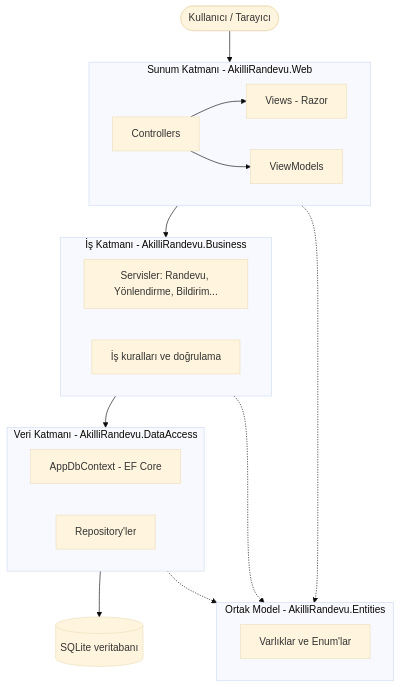
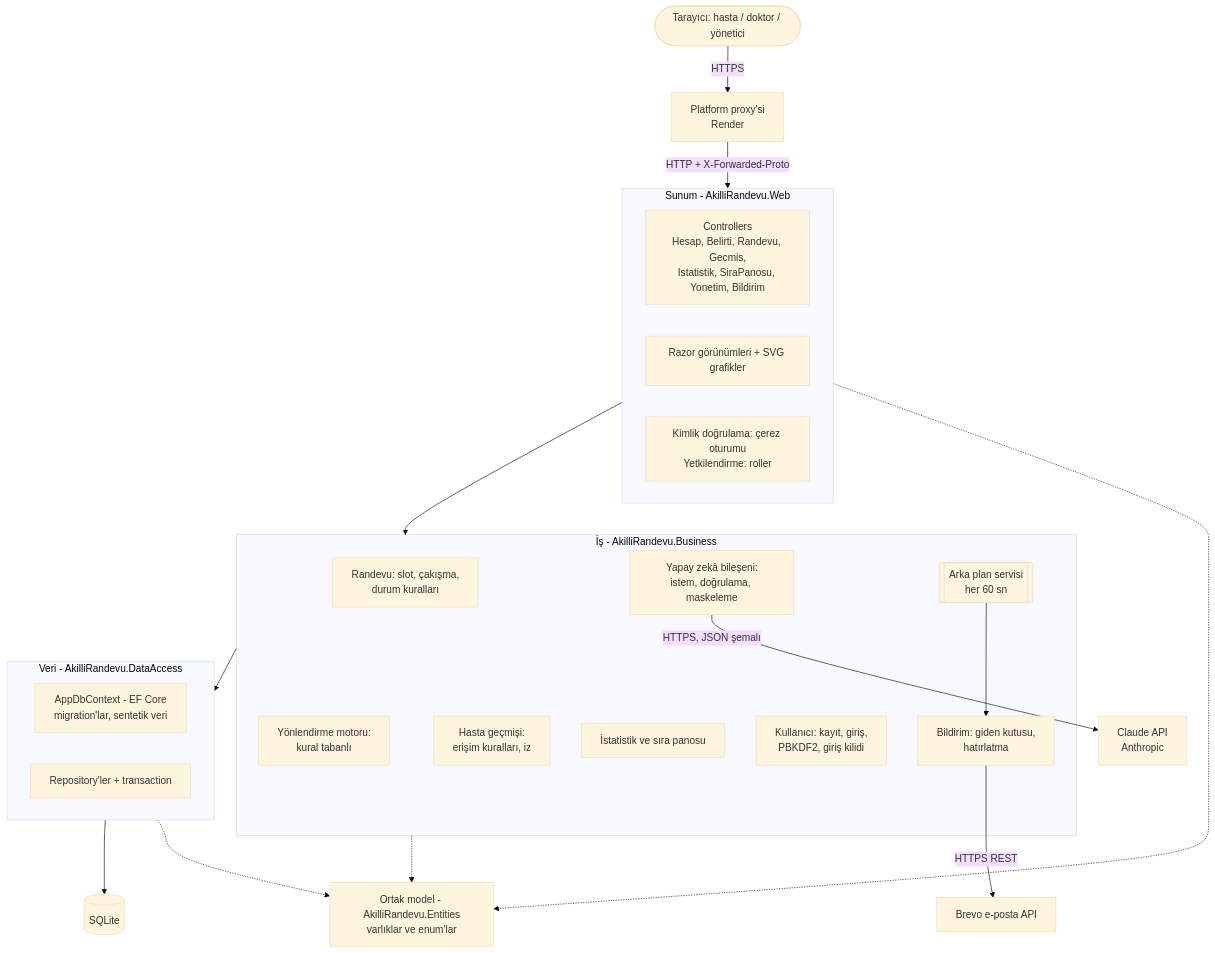
One commit to Mavimeryem/akilli-randevu-yonlendirme-asistani changed the diagram in docs/mimari.md. Above: the diagram before and after it, drawn with Mermaid (base theme). The commit also changed other lines of this file and 24 other files, not shown here.

````diff
--- a/docs/mimari.md
+++ b/docs/mimari.md
@@ -5,30 +5,39 @@
 ```mermaid
 flowchart TB
-    U([Kullanıcı / Tarayıcı]) --> W
+    U([Tarayıcı: hasta / doktor / yönetici]) -->|HTTPS| P[Platform proxy'si<br/>Render]
+    P -->|HTTP + X-Forwarded-Proto| W
 
-    subgraph W[Sunum Katmanı - AkilliRandevu.Web]
-        C[Controllers] --> V[Views - Razor]
-        C --> VM[ViewModels]
+    subgraph W[Sunum - AkilliRandevu.Web]
+        C[Controllers<br/>Hesap, Belirti, Randevu, Gecmis,<br/>Istatistik, SiraPanosu, Yonetim, Bildirim]
+        V[Razor görünümleri + SVG grafikler]
+        A[Kimlik doğrulama: çerez oturumu<br/>Yetkilendirme: roller]
     end
 
-    subgraph B[İş Katmanı - AkilliRandevu.Business]
-        S[Servisler: Randevu, Yönlendirme, Bildirim...]
-        R[İş kuralları ve doğrulama]
+    subgraph B[İş - AkilliRandevu.Business]
+        RS[Randevu: slot, çakışma,<br/>durum kuralları]
+        YM[Yönlendirme motoru:<br/>kural tabanlı]
+        YZ[Yapay zekâ bileşeni:<br/>istem, doğrulama, maskeleme]
+        BS[Bildirim: giden kutusu,<br/>hatırlatma]
+        HG[Hasta geçmişi:<br/>erişim kuralları, iz]
+        IS[İstatistik ve sıra panosu]
+        KS[Kullanıcı: kayıt, giriş,<br/>PBKDF2, giriş kilidi]
+        ARK[[Arka plan servisi<br/>her 60 sn]]
     end
 
-    subgraph D[Veri Katmanı - AkilliRandevu.DataAccess]
-        CTX[AppDbContext - EF Core]
-        REPO[Repository'ler]
+    subgraph D[Veri - AkilliRandevu.DataAccess]
+        CTX[AppDbContext - EF Core<br/>migration'lar, sentetik veri]
+        REPO[Repository'ler + transaction]
     end
 
-    subgraph E[Ortak Model - AkilliRandevu.Entities]
-        ENT[Varlıklar ve Enum'lar]
-    end
+    E[Ortak model - AkilliRandevu.Entities<br/>varlıklar ve enum'lar]
 
     W --> B
     B --> D
-    D --> DB[(SQLite veritabanı)]
+    D --> DB[(SQLite)]
+    YZ -->|HTTPS, JSON şemalı| CL[Claude API<br/>Anthropic]
+    BS -->|HTTPS REST| BR[Brevo e-posta API]
+    ARK --> BS
     W -.-> E
     B -.-> E
     D -.-> E
 ```
````
